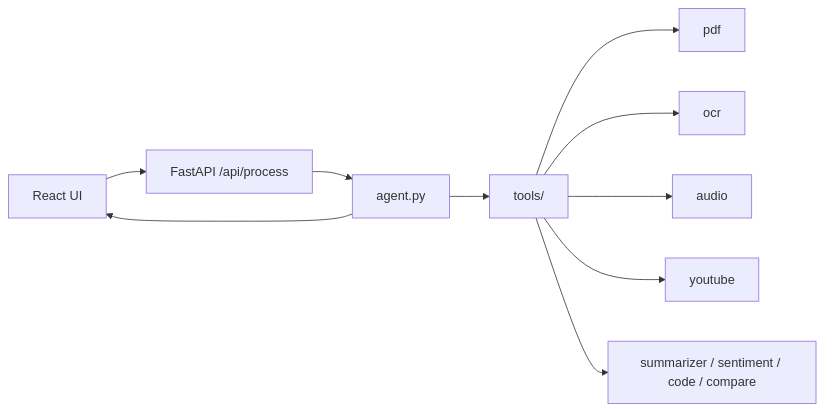
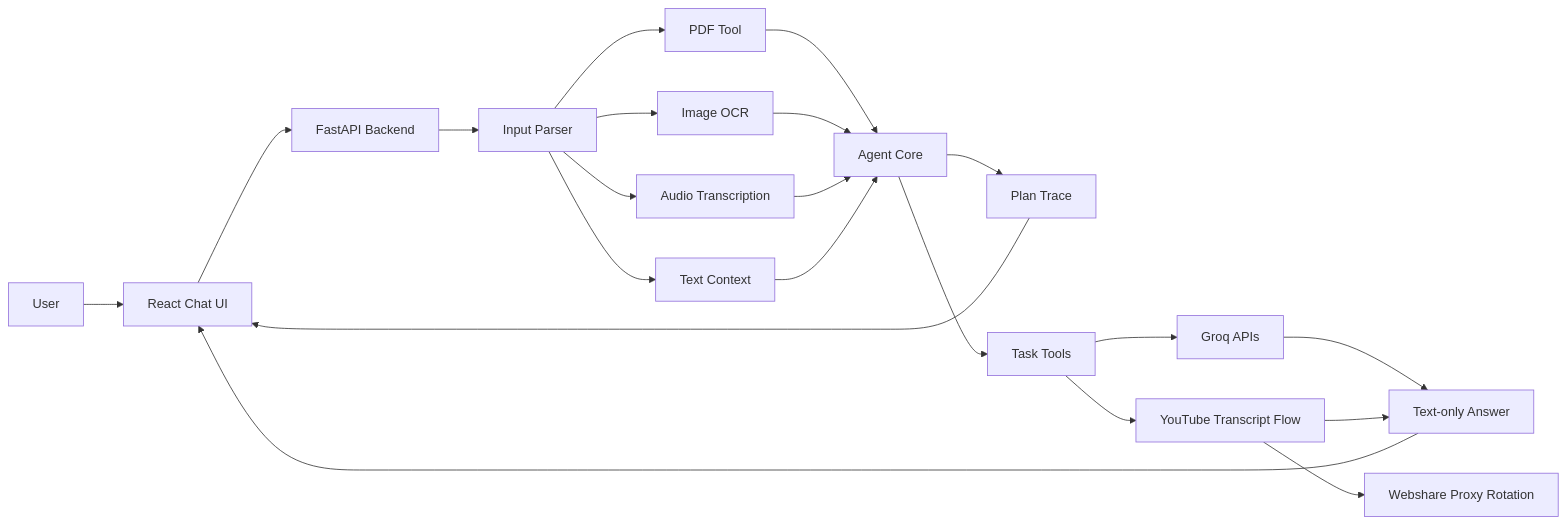
Before and after one commit to chaitanyaluniya/ParallelMinds: the diagram in README.md, drawn with Mermaid. The commit also changed other lines of this file, not shown here.

Commit message:
system architecture added

````diff
--- a/README.md
+++ b/README.md
@@ -7,12 +7,23 @@
 ```mermaid
 flowchart LR
-    UI[React UI] --> API[FastAPI /api/process]
-    API --> Agent[agent.py]
-    Agent --> Tools[tools/]
-    Tools --> PDF[pdf]
-    Tools --> OCR[ocr]
-    Tools --> Audio[audio]
-    Tools --> YT[youtube]
-    Tools --> LLM[summarizer / sentiment / code / compare]
-    Agent --> UI
+    User[User] --> UI[React Chat UI]
+    UI --> API[FastAPI Backend]
+    API --> Parser[Input Parser]
+    Parser --> PDF[PDF Tool]
+    Parser --> OCR[Image OCR]
+    Parser --> Audio[Audio Transcription]
+    Parser --> Text[Text Context]
+    PDF --> Agent[Agent Core]
+    OCR --> Agent
+    Audio --> Agent
+    Text --> Agent
+    Agent --> Plan[Plan Trace]
+    Agent --> Tasks[Task Tools]
+    Tasks --> LLM[Groq APIs]
+    Tasks --> YT[YouTube Transcript Flow]
+    YT --> Proxy[Webshare Proxy Rotation]
+    LLM --> Output[Text-only Answer]
+    YT --> Output
+    Plan --> UI
+    Output --> UI
 ```
````
